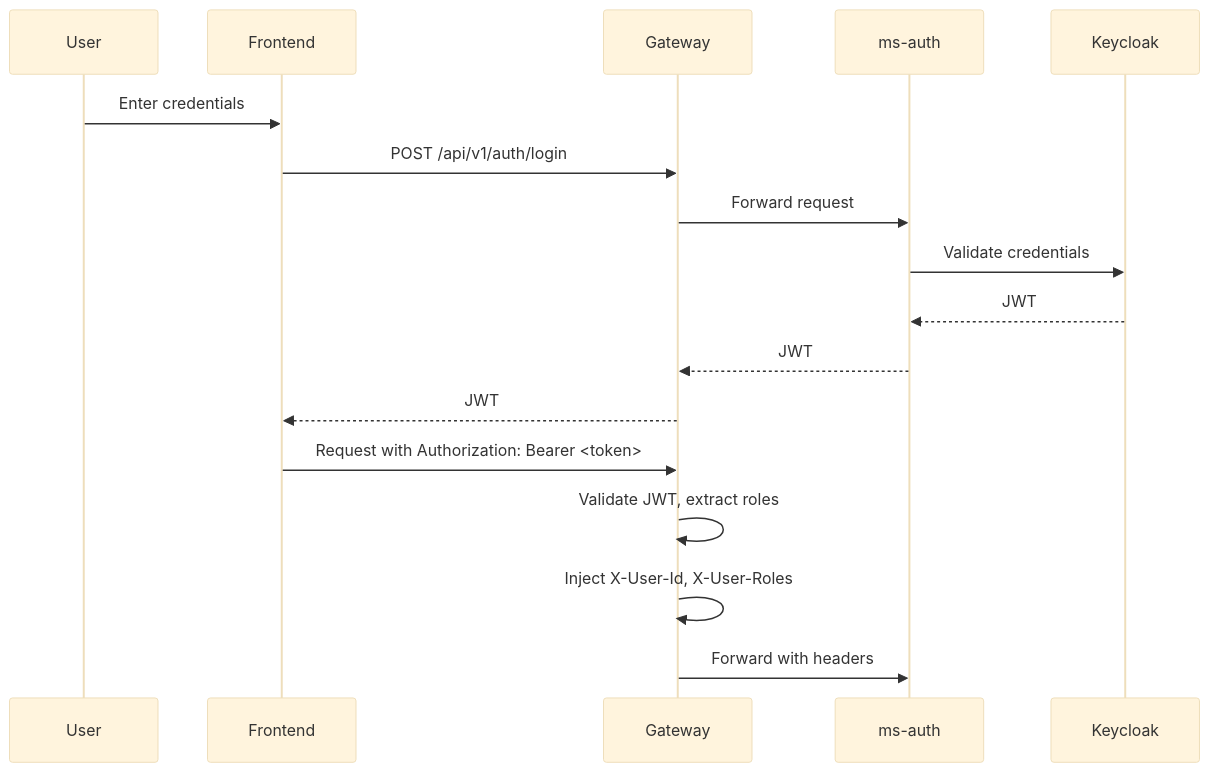
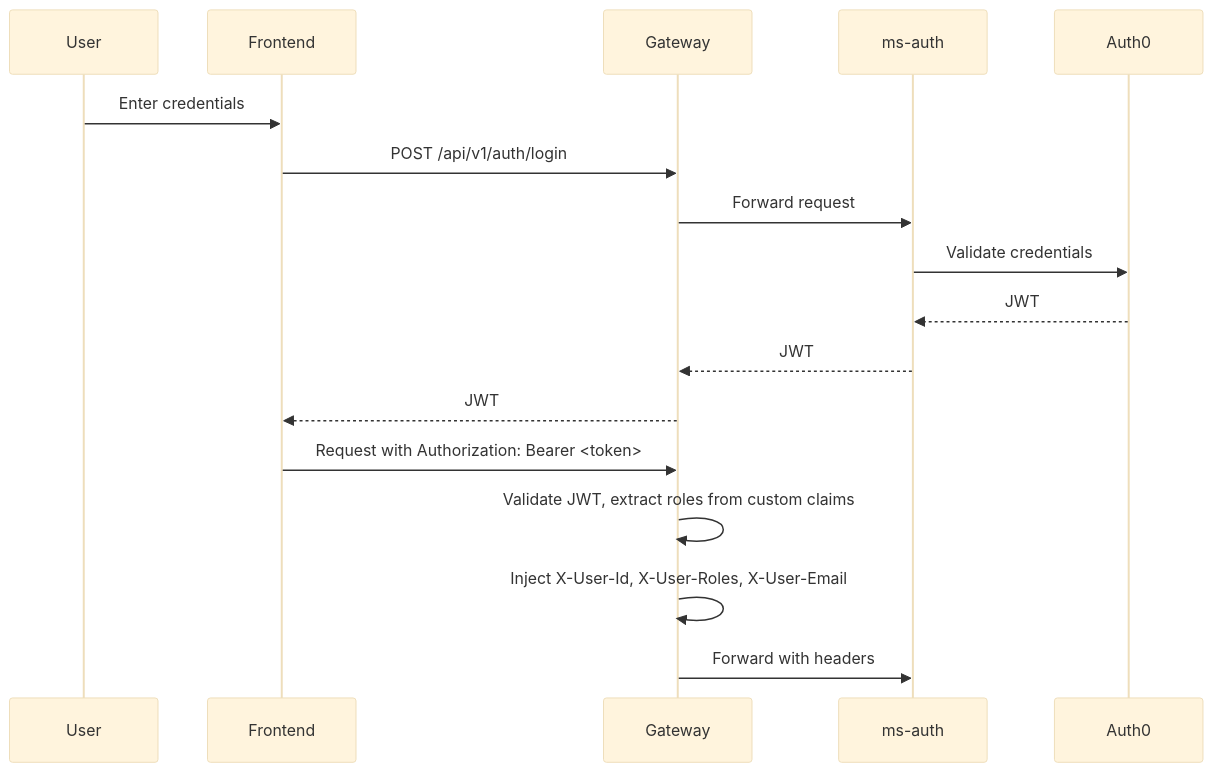
Before and after one commit to LucasCallamullo/fleet-optimizer: the third of 4 diagrams in README.md, drawn with Mermaid (base theme). The commit also changed other lines of this file and 3 other files, not shown here.

````diff
--- a/README.md
+++ b/README.md
@@ -216,20 +328,20 @@
 ```mermaid
-sequenceDiagram
+  sequenceDiagram
     participant U as User
     participant F as Frontend
     participant G as Gateway
     participant A as ms-auth
-    participant K as Keycloak
+    participant K as Auth0
 
     U->>F: Enter credentials
     F->>G: POST /api/v1/auth/login
     G->>A: Forward request
     A->>K: Validate credentials
     K-->>A: JWT
     A-->>G: JWT
     G-->>F: JWT
     F->>G: Request with Authorization: Bearer <token>
-    G->>G: Validate JWT, extract roles
-    G->>G: Inject X-User-Id, X-User-Roles
+    G->>G: Validate JWT, extract roles from custom claims
+    G->>G: Inject X-User-Id, X-User-Roles, X-User-Email
     G->>A: Forward with headers
 ```
````
